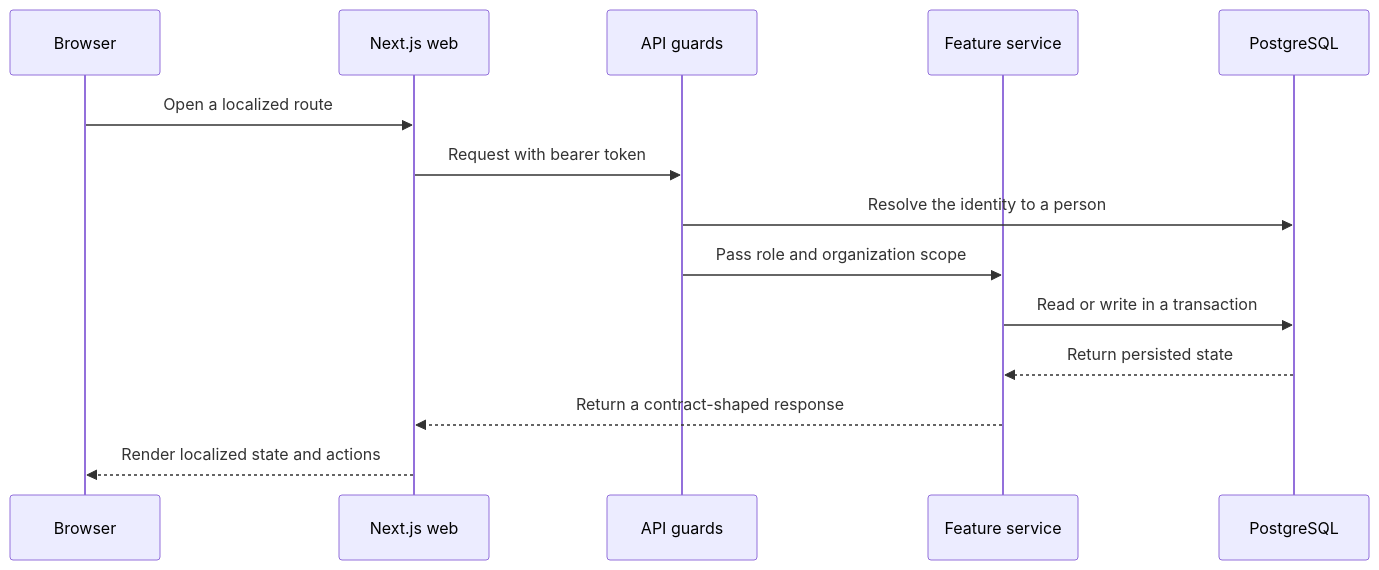
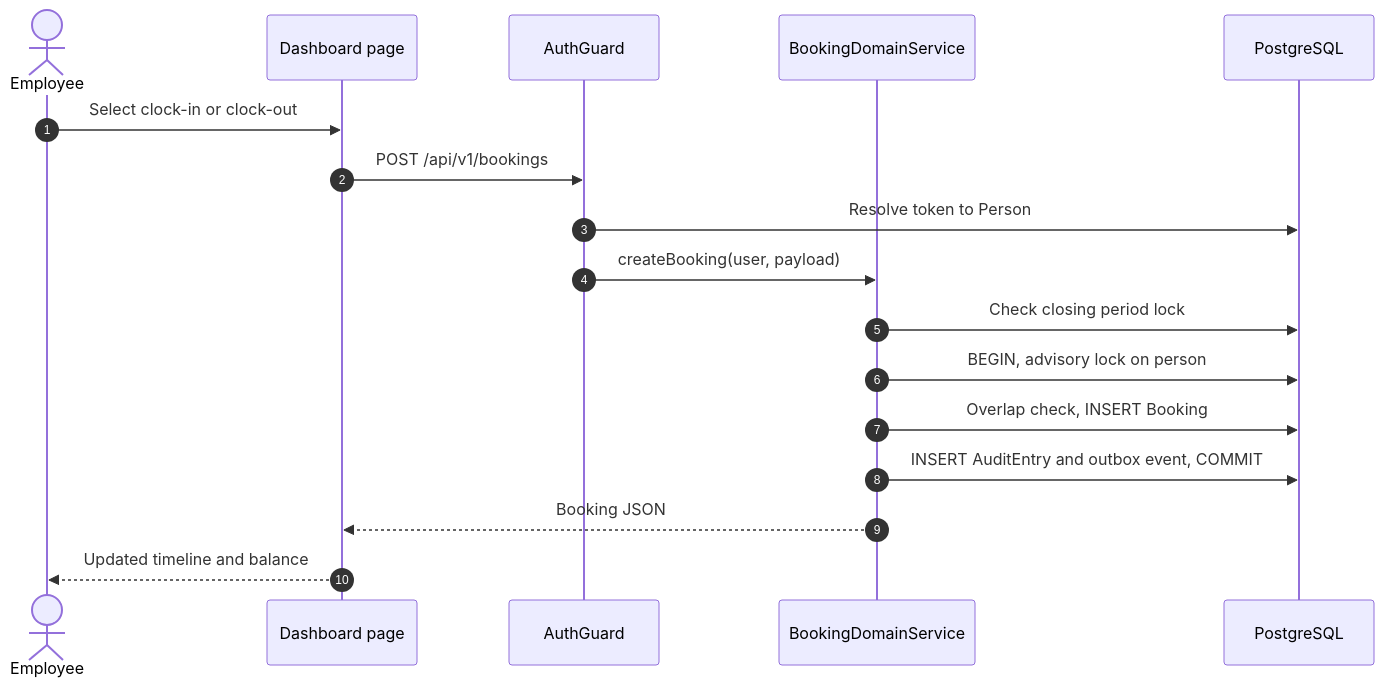
Before and after one commit to sebastianspicker/cueq-campus-workforce: the fourth of 9 diagrams in ARCHITECTURE.md, drawn with Mermaid. The commit also changed other lines of this file and 2 other files, not shown here.

First line of the commit message:
Document runtime, user journeys, states, and data model in ARCHITECTURE.md

````diff
--- a/ARCHITECTURE.md
+++ b/ARCHITECTURE.md
@@ -103,17 +174,19 @@
 ```mermaid
 sequenceDiagram
-  participant Browser
-  participant Web as Next.js web
-  participant Guard as API guards
-  participant Feature as Feature service
-  participant DB as PostgreSQL
-
-  Browser->>Web: Open a localized route
-  Web->>Guard: Request with bearer token
-  Guard->>DB: Resolve the identity to a person
-  Guard->>Feature: Pass role and organization scope
-  Feature->>DB: Read or write in a transaction
-  DB-->>Feature: Return persisted state
-  Feature-->>Web: Return a contract-shaped response
-  Web-->>Browser: Render localized state and actions
+  autonumber
+  actor U as Employee
+  participant ui as Dashboard page
+  participant guard as AuthGuard
+  participant svc as BookingDomainService
+  participant db as PostgreSQL
+  U->>ui: Select clock-in or clock-out
+  ui->>guard: POST /api/v1/bookings
+  guard->>db: Resolve token to Person
+  guard->>svc: createBooking(user, payload)
+  svc->>db: Check closing period lock
+  svc->>db: BEGIN, advisory lock on person
+  svc->>db: Overlap check, INSERT Booking
+  svc->>db: INSERT AuditEntry and outbox event, COMMIT
+  svc-->>ui: Booking JSON
+  ui-->>U: Updated timeline and balance
 ```
````
